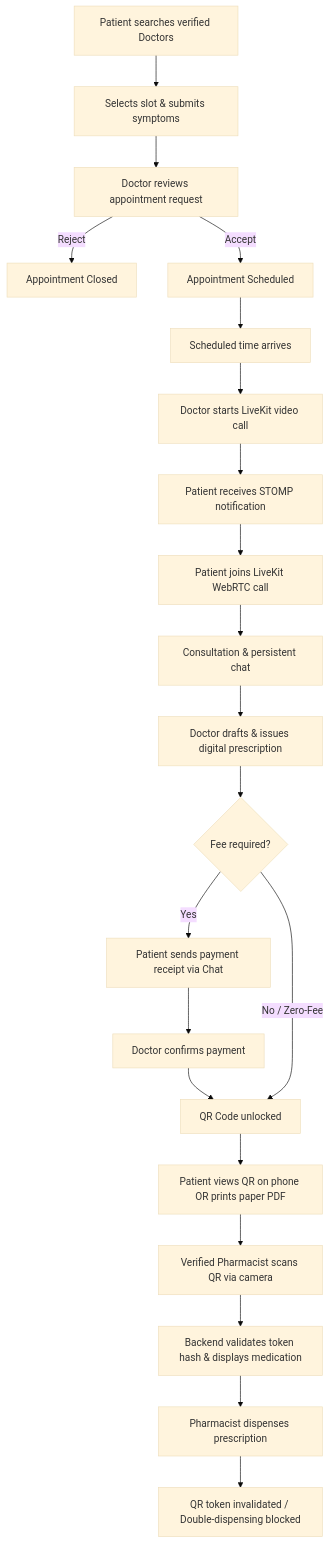
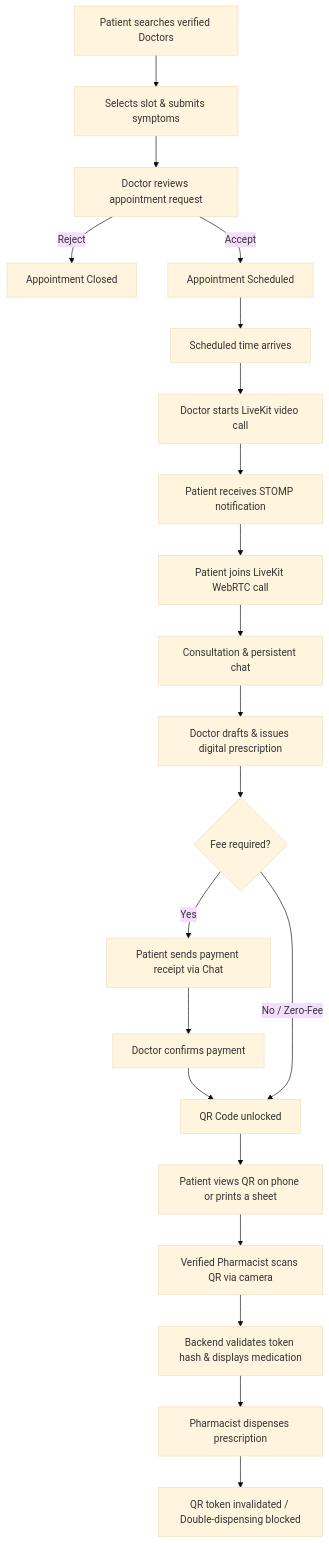
One commit to dulanprabashwara/Medisync-frontend changed the first of 4 diagrams in README.md. Above: the diagram before and after it, drawn with Mermaid (base theme). The commit also changed other lines of this file and 18 other files, not shown here.

First line of the commit message:
feat: update design system and improve authentication flow

````diff
--- a/README.md
+++ b/README.md
@@ -314,27 +134,27 @@
 ```mermaid
 flowchart TD
     A[Patient searches verified Doctors] --> B[Selects slot & submits symptoms]
     B --> C[Doctor reviews appointment request]
     C -->|Reject| D[Appointment Closed]
     C -->|Accept| E[Appointment Scheduled]
     
     E --> F[Scheduled time arrives]
     F --> G[Doctor starts LiveKit video call]
     G --> H[Patient receives STOMP notification]
     H --> I[Patient joins LiveKit WebRTC call]
     
     I --> J[Consultation & persistent chat]
     J --> K[Doctor drafts & issues digital prescription]
     
     K --> L{Fee required?}
     L -->|Yes| M[Patient sends payment receipt via Chat]
     M --> N[Doctor confirms payment]
     N --> O[QR Code unlocked]
     L -->|No / Zero-Fee| O
     
-    O --> P[Patient views QR on phone OR prints paper PDF]
+    O --> P[Patient views QR on phone or prints a sheet]
     P --> Q[Verified Pharmacist scans QR via camera]
     Q --> R[Backend validates token hash & displays medication]
     R --> S[Pharmacist dispenses prescription]
     S --> T[QR token invalidated / Double-dispensing blocked]
 ```
````
